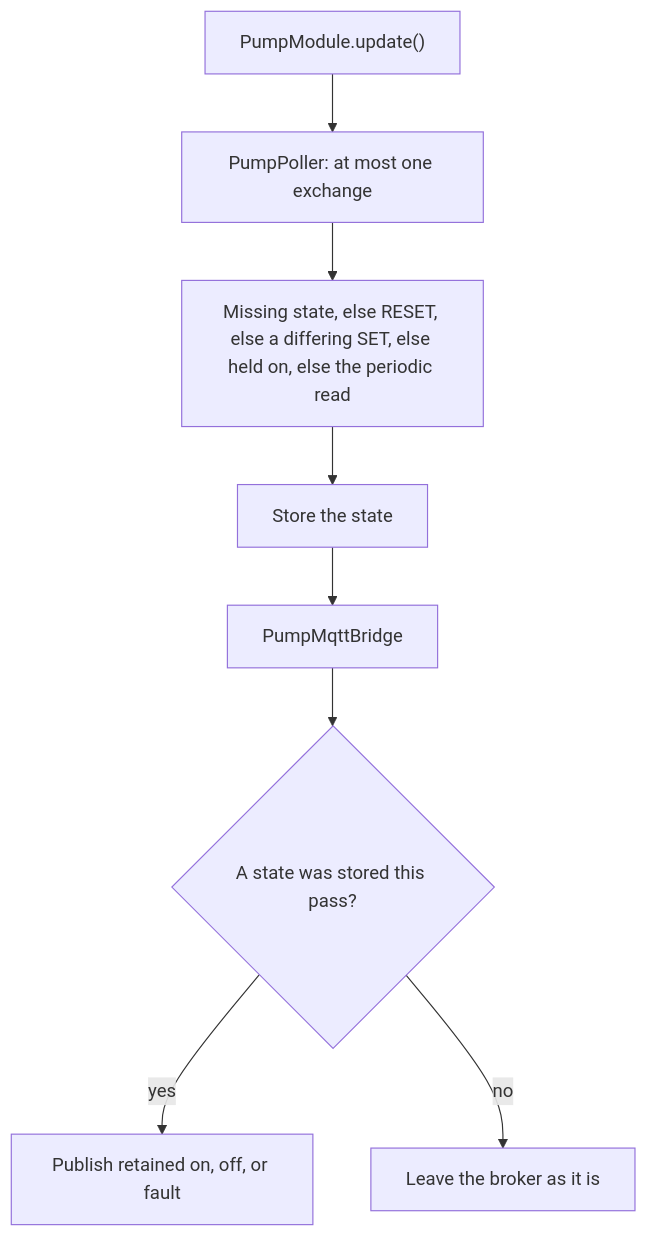
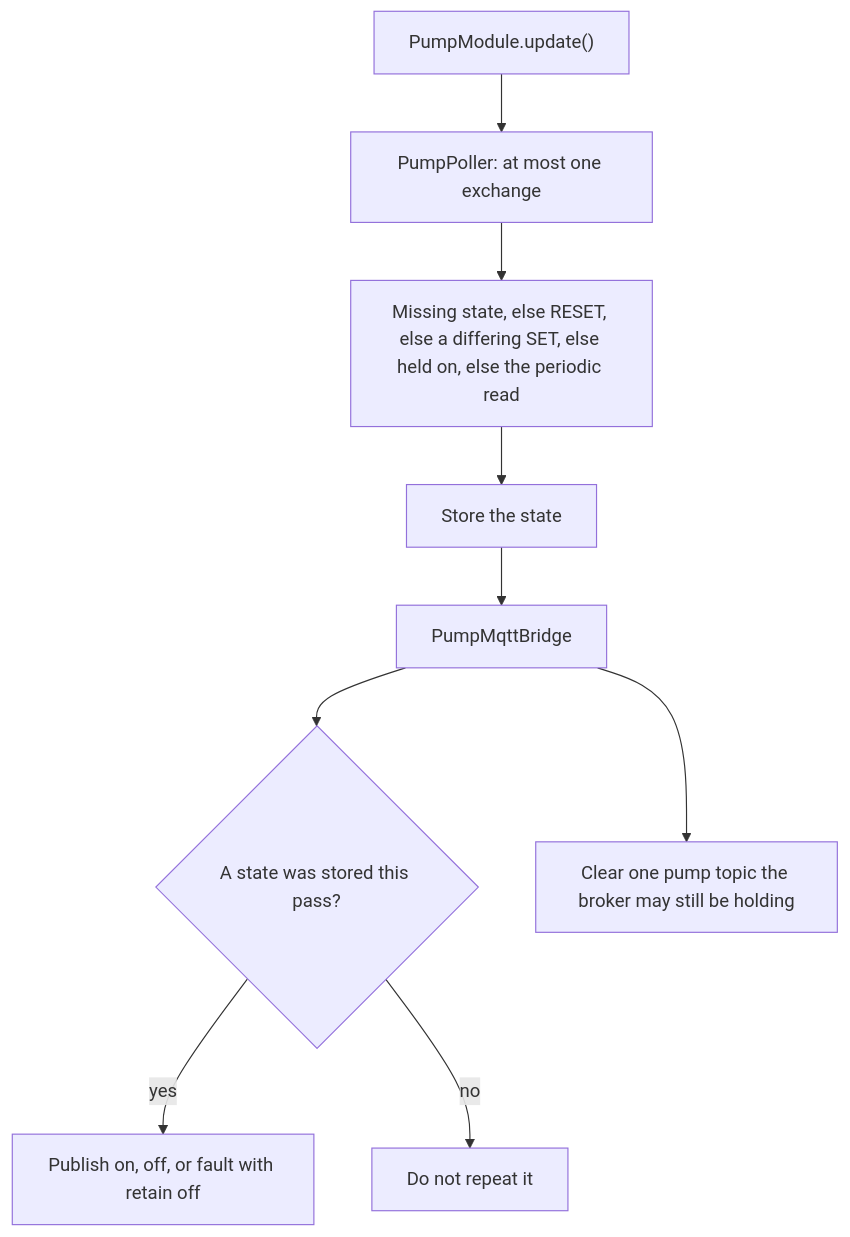
One commit to WiddleWabbit/MQTT-ModularControllerBoard changed the diagram in Firmware/docs/pump-module.md. Above: the diagram before and after it, drawn with Mermaid. The commit also changed other lines of this file and 22 other files, not shown here.

Commit message:
Disabled retain on MQTT messages besides the slot status messages

````diff
--- a/Firmware/docs/pump-module.md
+++ b/Firmware/docs/pump-module.md
@@ -28,10 +28,11 @@
 ```mermaid
 flowchart TD
   upd["PumpModule.update()"] --> poll["PumpPoller: at most one exchange"]
   poll --> order["Missing state, else RESET, else a differing SET, else held on, else the periodic read"]
   order --> mem["Store the state"]
   mem --> bridge["PumpMqttBridge"]
   bridge --> pub{"A state was stored this pass?"}
-  pub -->|yes| mqtt["Publish retained on, off, or fault"]
-  pub -->|no| quiet["Leave the broker as it is"]
+  pub -->|yes| mqtt["Publish on, off, or fault with retain off"]
+  pub -->|no| quiet["Do not repeat it"]
+  bridge --> clear["Clear one pump topic the broker may still be holding"]
 ```
````
